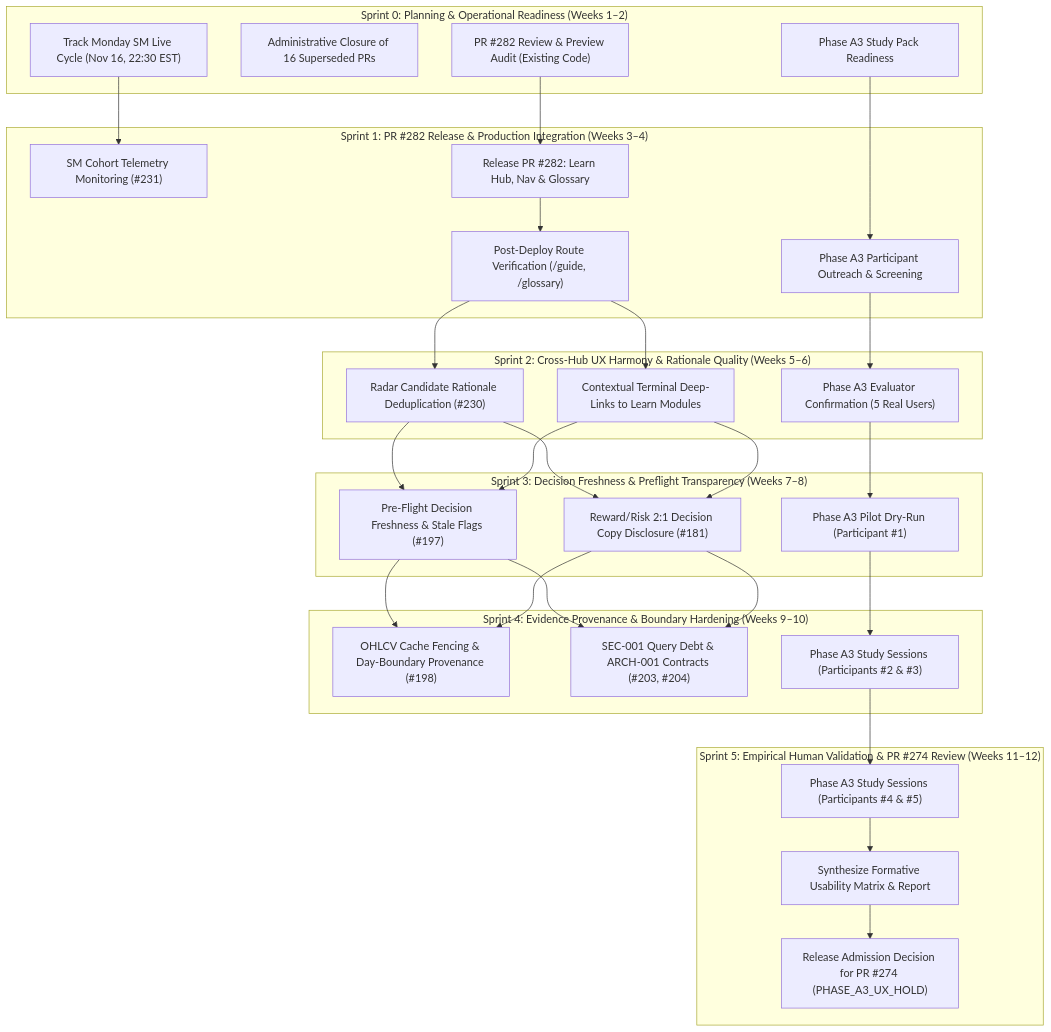
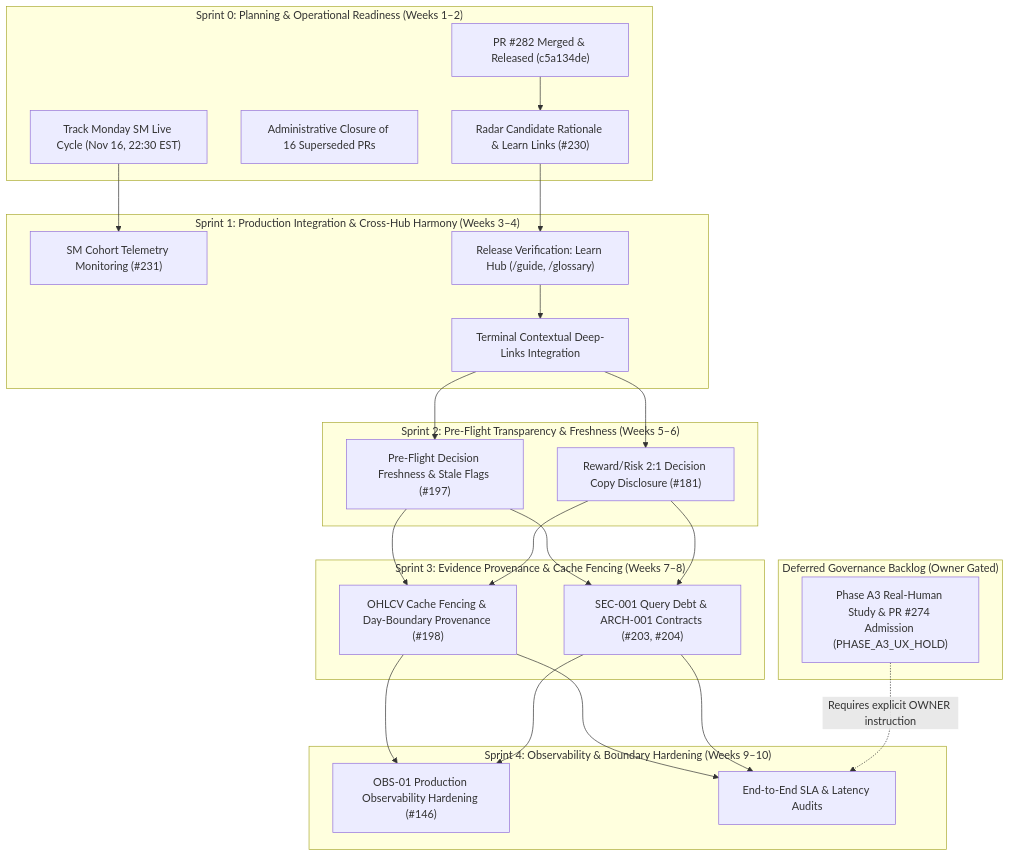
Before and after one commit to daakara/finance: the diagram in docs/planning/ARX_CANONICAL_SPRINT_ROADMAP_2026_11_14.md, drawn with Mermaid. The commit also changed other lines of this file and 6 other files, not shown here.

Commit message:
feat(radar): ARX-SPRINT-REPRIORITIZATION-028 candidate narrative deduplication and contextual Learn Hub deep-links (#230)

````diff
--- a/docs/planning/ARX_CANONICAL_SPRINT_ROADMAP_2026_11_14.md
+++ b/docs/planning/ARX_CANONICAL_SPRINT_ROADMAP_2026_11_14.md
@@ -83,62 +83,51 @@
 ```mermaid
 flowchart TD
     subgraph S0["Sprint 0: Planning & Operational Readiness (Weeks 1–2)"]
         S0_1["Track Monday SM Live Cycle (Nov 16, 22:30 EST)"]
         S0_2["Administrative Closure of 16 Superseded PRs"]
-        S0_3["Phase A3 Study Pack Readiness"]
-        S0_4["PR #282 Review & Preview Audit (Existing Code)"]
+        S0_3["PR #282 Merged & Released (c5a134de)"]
+        S0_4["Radar Candidate Rationale & Learn Links (#230)"]
     end
 
-    subgraph S1["Sprint 1: PR #282 Release & Production Integration (Weeks 3–4)"]
+    subgraph S1["Sprint 1: Production Integration & Cross-Hub Harmony (Weeks 3–4)"]
         S1_Ops["SM Cohort Telemetry Monitoring (#231)"]
-        S1_1["Release PR #282: Learn Hub, Nav & Glossary"]
-        S1_2["Post-Deploy Route Verification (/guide, /glossary)"]
-        S1_3["Phase A3 Participant Outreach & Screening"]
+        S1_1["Release Verification: Learn Hub (/guide, /glossary)"]
+        S1_2["Terminal Contextual Deep-Links Integration"]
     end
 
-    subgraph S2["Sprint 2: Cross-Hub UX Harmony & Rationale Quality (Weeks 5–6)"]
-        S2_1["Radar Candidate Rationale Deduplication (#230)"]
-        S2_2["Contextual Terminal Deep-Links to Learn Modules"]
-        S2_3["Phase A3 Evaluator Confirmation (5 Real Users)"]
+    subgraph S2["Sprint 2: Pre-Flight Transparency & Freshness (Weeks 5–6)"]
+        S2_1["Pre-Flight Decision Freshness & Stale Flags (#197)"]
+        S2_2["Reward/Risk 2:1 Decision Copy Disclosure (#181)"]
     end
 
-    subgraph S3["Sprint 3: Decision Freshness & Preflight Transparency (Weeks 7–8)"]
-        S3_1["Pre-Flight Decision Freshness & Stale Flags (#197)"]
-        S3_2["Reward/Risk 2:1 Decision Copy Disclosure (#181)"]
-        S3_3["Phase A3 Pilot Dry-Run (Participant #1)"]
+    subgraph S3["Sprint 3: Evidence Provenance & Cache Fencing (Weeks 7–8)"]
+        S3_1["OHLCV Cache Fencing & Day-Boundary Provenance (#198)"]
+        S3_2["SEC-001 Query Debt & ARCH-001 Contracts (#203, #204)"]
     end
 
-    subgraph S4["Sprint 4: Evidence Provenance & Boundary Hardening (Weeks 9–10)"]
-        S4_1["OHLCV Cache Fencing & Day-Boundary Provenance (#198)"]
-        S4_2["SEC-001 Query Debt & ARCH-001 Contracts (#203, #204)"]
-        S4_3["Phase A3 Study Sessions (Participants #2 & #3)"]
+    subgraph S4["Sprint 4: Observability & Boundary Hardening (Weeks 9–10)"]
+        S4_1["OBS-01 Production Observability Hardening (#146)"]
+        S4_2["End-to-End SLA & Latency Audits"]
     end
 
-    subgraph S5["Sprint 5: Empirical Human Validation & PR #274 Review (Weeks 11–12)"]
-        S5_1["Phase A3 Study Sessions (Participants #4 & #5)"]
-        S5_2["Synthesize Formative Usability Matrix & Report"]
-        S5_3["Release Admission Decision for PR #274 (PHASE_A3_UX_HOLD)"]
+    subgraph Deferred["Deferred Governance Backlog (Owner Gated)"]
+        Def_A3["Phase A3 Real-Human Study & PR #274 Admission (PHASE_A3_UX_HOLD)"]
     end
 
     %% Operational Lane (Isolated)
     S0_1 --> S1_Ops
 
     %% Product & Engineering Lane (Decoupled from SM)
+    S0_3 --> S0_4
     S0_4 --> S1_1
     S1_1 --> S1_2
     S1_2 --> S2_1
     S1_2 --> S2_2
     S2_1 & S2_2 --> S3_1
     S2_1 & S2_2 --> S3_2
     S3_1 & S3_2 --> S4_1
     S3_1 & S3_2 --> S4_2
 
-    %% Research & Validation Lane (Conditional on Real Humans)
-    S0_3 --> S1_3
-    S1_3 --> S2_3
-    S2_3 --> S3_3
-    S3_3 --> S4_3
-    S4_3 --> S5_1
-    S5_1 --> S5_2
-    S5_2 --> S5_3
+    %% Deferred Governance Lane
+    Def_A3 -.->|Requires explicit OWNER instruction| S4_2
 ```
````
